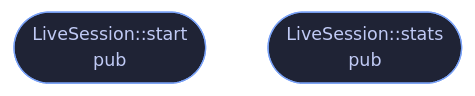
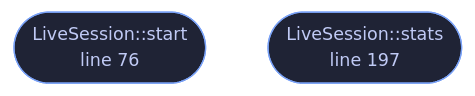
Before and after one commit to tilas01/veilvoice: the diagram in docs/files/veilvoice-audio/live.md, drawn with Mermaid. The commit also changed other lines of this file and 182 other files, not shown here.

````diff
--- a/docs/files/veilvoice-audio/live.md
+++ b/docs/files/veilvoice-audio/live.md
@@ -58,6 +76,8 @@
 ```mermaid
 %%{init: {"theme":"base","themeVariables":{"background":"#1a1b26","primaryColor":"#1f2335","primaryTextColor":"#c0caf5","primaryBorderColor":"#7aa2f7","secondaryColor":"#16161e","tertiaryColor":"#16161e","lineColor":"#737aa2","textColor":"#c0caf5","mainBkg":"#1f2335","nodeBorder":"#7aa2f7","clusterBkg":"#16161e","clusterBorder":"#2f3549","fontFamily":"ui-monospace, SFMono-Regular, Consolas, monospace","fontSize":"14px"}}}%%
 flowchart TD
-    n_start(["LiveSession::start<br/>pub"])
-    n_stats(["LiveSession::stats<br/>pub"])
+    n_start(["LiveSession::start<br/>line 76"])
+    n_stats(["LiveSession::stats<br/>line 197"])
+    classDef entry fill:#1f2335,stroke:#7aa2f7,color:#c0caf5
+    class n_start,n_stats entry
 ```
````
